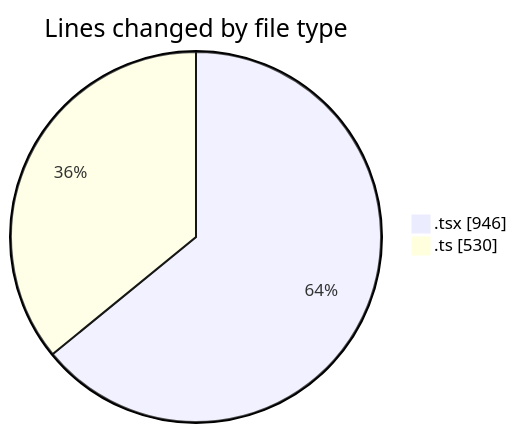
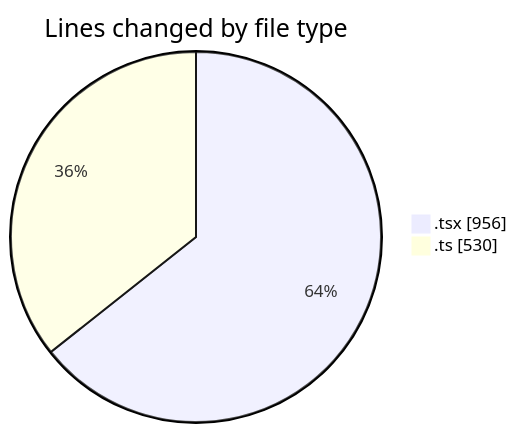
Before and after one commit to momahboobian/code-tracking: the first of 2 diagrams in 2025-07-11/cda/README.md, drawn with Mermaid. The commit also changed other lines of this file and 1 other file, not shown here.

````diff
--- a/2025-07-11/cda/README.md
+++ b/2025-07-11/cda/README.md
@@ -24,6 +24,6 @@
 ```mermaid
 pie showData
 title Lines changed by file type
-".tsx" : 946
+".tsx" : 956
 ".ts" : 530
 ```
````
